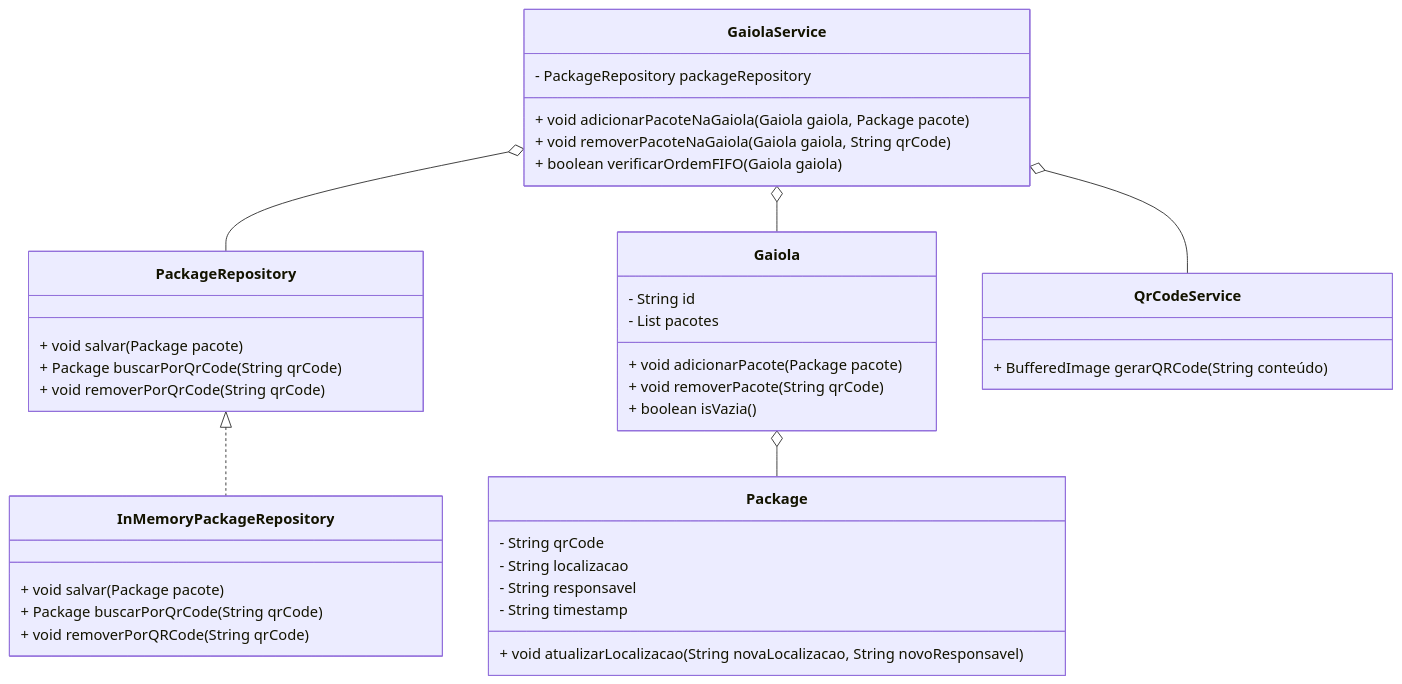
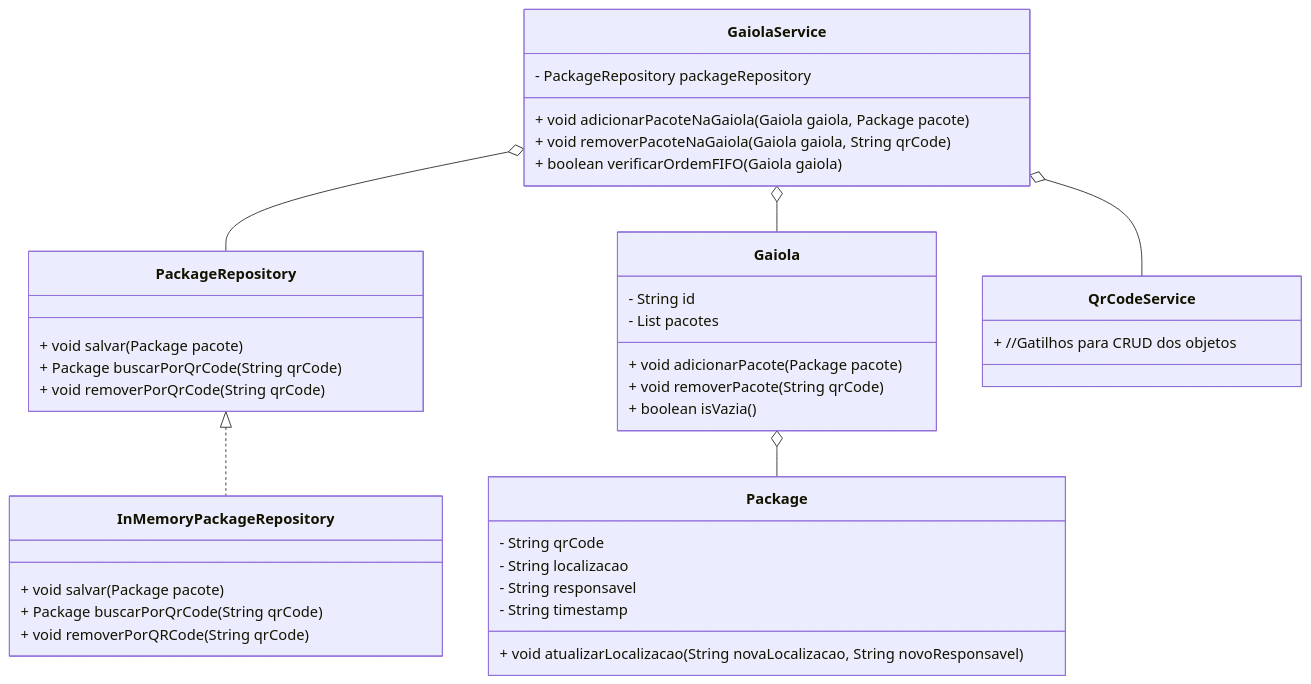
The diagram in README.md (pmd1308/Rastreio-de-produtos-Interno), drawn with Mermaid before and after one commit.

````diff
--- a/README.md
+++ b/README.md
@@ -22,48 +22,48 @@
 ```mermaid
 classDiagram
     class Package {
         - String qrCode
         - String localizacao
         - String responsavel
         - String timestamp
         + void atualizarLocalizacao(String novaLocalizacao, String novoResponsavel)
     }
 
     class Gaiola {
         - String id
         - List<Package> pacotes 
         + void adicionarPacote(Package pacote)
         + void removerPacote(String qrCode)
         + boolean isVazia()
     }
 
     class PackageRepository {
         + void salvar(Package pacote)
         + Package buscarPorQrCode(String qrCode)
         + void removerPorQrCode(String qrCode)
     }
 
     class InMemoryPackageRepository {
         + void salvar(Package pacote)
         + Package buscarPorQrCode(String qrCode)
         + void removerPorQRCode(String qrCode)
     }
 
     class QrCodeService {
-        + BufferedImage gerarQRCode(String conteúdo)
+        + //Gatilhos para CRUD dos objetos
     }
 
     class GaiolaService {
         - PackageRepository packageRepository
         + void adicionarPacoteNaGaiola(Gaiola gaiola, Package pacote)
         + void removerPacoteNaGaiola(Gaiola gaiola, String qrCode)
         + boolean verificarOrdemFIFO(Gaiola gaiola)
     }
 
     PackageRepository <|.. InMemoryPackageRepository
     GaiolaService o-- PackageRepository
     GaiolaService o-- Gaiola
     Gaiola o-- Package
     GaiolaService o-- QrCodeService
 
 ```
````
